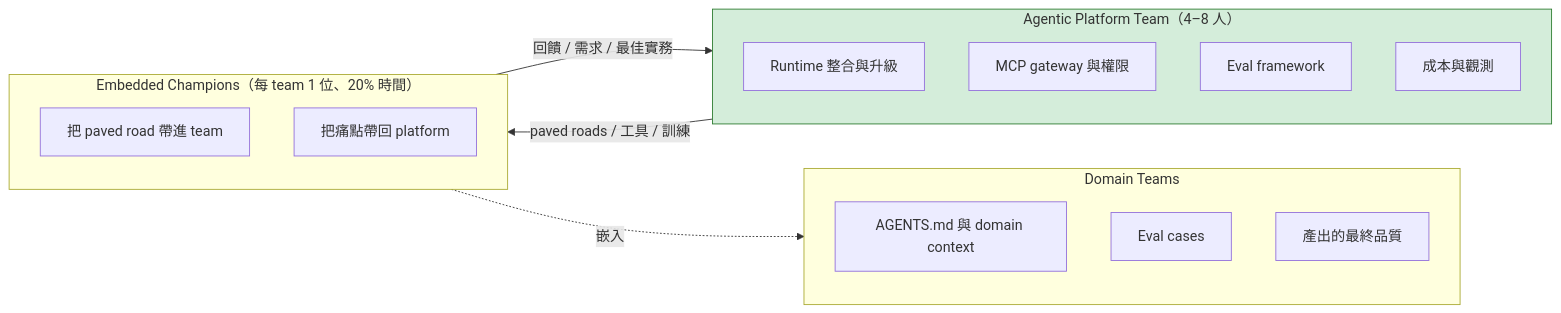
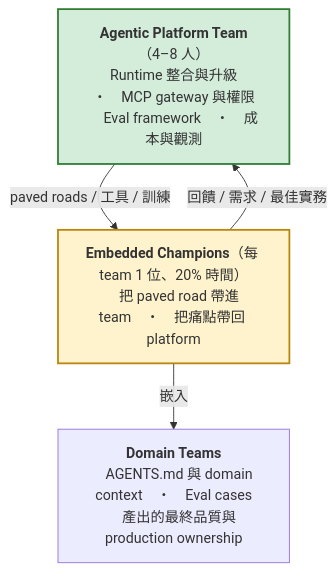
The first of 3 diagrams in 2026-09-agentic-org-design/article.md (fantasybz/medium-articles), drawn with Mermaid before and after one commit. The commit also changed other lines of this file and 26 other files, not shown here.

First line of the commit message:
Redraw the remaining wide and tall diagrams across all four articles

````diff
--- a/2026-09-agentic-org-design/article.md
+++ b/2026-09-agentic-org-design/article.md
@@ -27,22 +27,16 @@
 ```mermaid
-flowchart LR
-    subgraph PT["Agentic Platform Team（4–8 人）"]
-        P1["Runtime 整合與升級"]
-        P2["MCP gateway 與權限"]
-        P3["Eval framework"]
-        P4["成本與觀測"]
-    end
-    subgraph CH["Embedded Champions（每 team 1 位、20% 時間）"]
-        C1["把 paved road 帶進 team"]
-        C2["把痛點帶回 platform"]
-    end
-    subgraph DT["Domain Teams"]
-        D1["AGENTS.md 與 domain context"]
-        D2["Eval cases"]
-        D3["產出的最終品質"]
-    end
+flowchart TB
+    PT["<b>Agentic Platform Team</b>（4–8 人）
+    Runtime 整合與升級　・　MCP gateway 與權限
+    Eval framework　・　成本與觀測"]
+    CH["<b>Embedded Champions</b>（每 team 1 位、20% 時間）
+    把 paved road 帶進 team　・　把痛點帶回 platform"]
+    DT["<b>Domain Teams</b>
+    AGENTS.md 與 domain context　・　Eval cases
+    產出的最終品質與 production ownership"]
     PT -->|paved roads / 工具 / 訓練| CH
     CH -->|回饋 / 需求 / 最佳實務| PT
-    CH -.->|嵌入| DT
-    style PT fill:#d4edda,stroke:#2e7d32
+    CH -->|嵌入| DT
+    style PT fill:#d4edda,stroke:#2e7d32,stroke-width:2px
+    style CH fill:#fff3cd,stroke:#b8860b,stroke-width:2px
 ```
````
